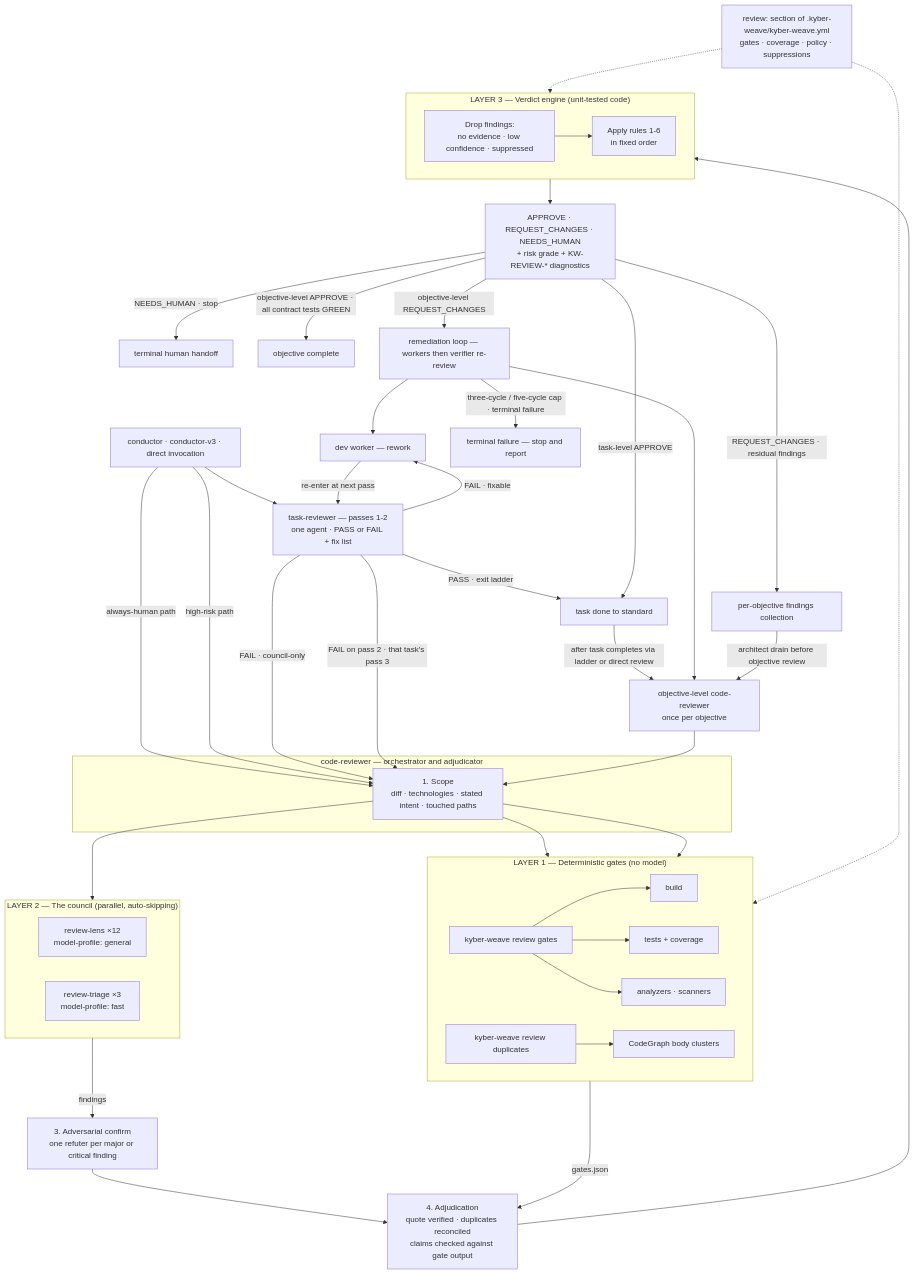
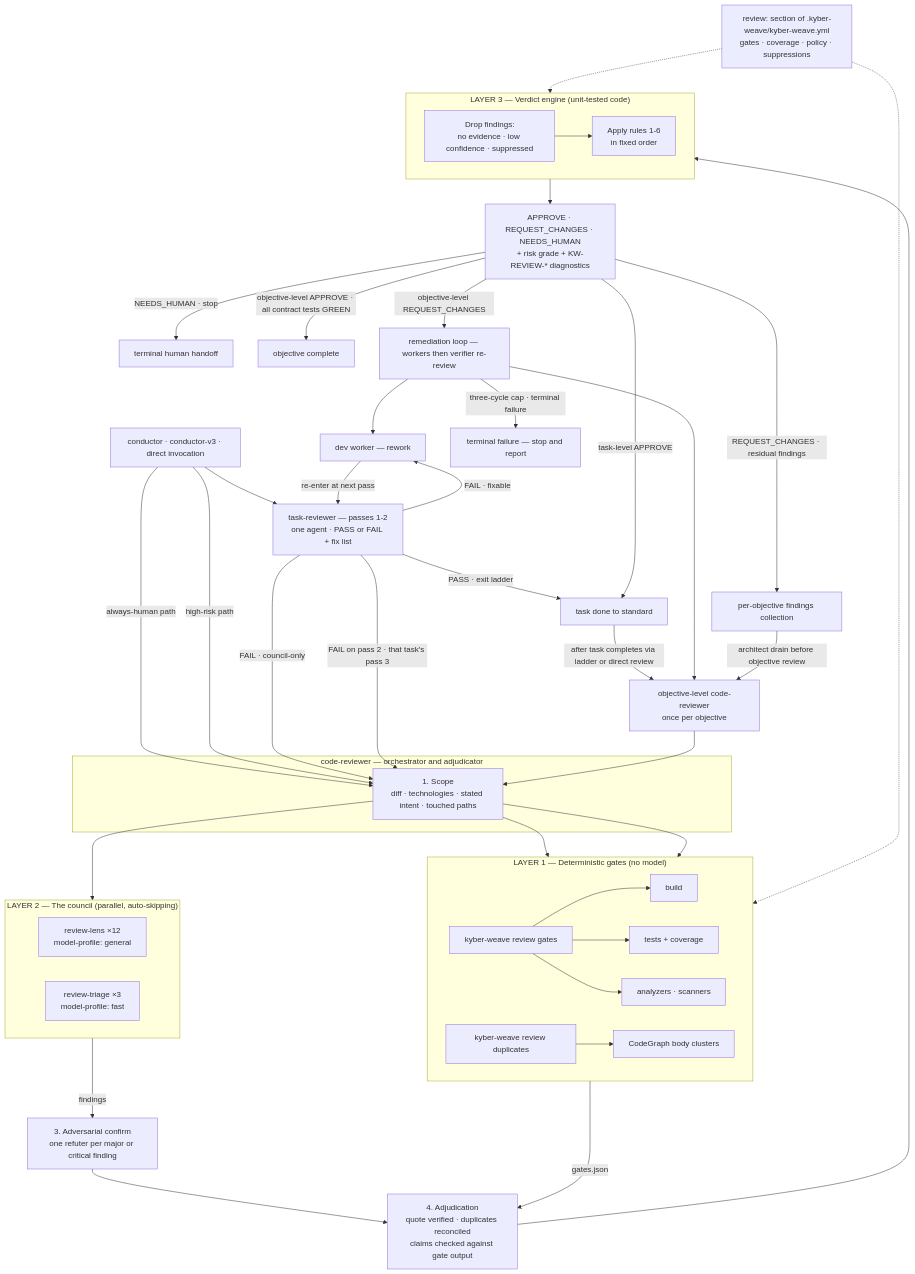
One commit to dpalfery/kyber-weave changed the first of 4 diagrams in docs/code-review/architecture.md. Above: the diagram before and after it, drawn with Mermaid.

Commit message:
fix(squad): address round-7 CodeRabbit finding on task-reviewer

````diff
--- a/docs/code-review/architecture.md
+++ b/docs/code-review/architecture.md
@@ -40,62 +40,62 @@
 ```mermaid
 flowchart TD
     Cfg["review: section of .kyber-weave/kyber-weave.yml<br/>gates · coverage · policy · suppressions"]
     Caller["conductor · conductor-v3 · direct invocation"] --> Ladder
     Caller -->|"always-human path"| Scope
     Caller -->|"high-risk path"| Scope
     Worker["dev worker — rework"]
     Ladder["task-reviewer — passes 1-2<br/>one agent · PASS or FAIL + fix list"]
     Ladder -->|"PASS · exit ladder"| TaskDone["task done to standard"]
     Ladder -->|"FAIL · fixable"| Worker
     Worker -->|"re-enter at next pass"| Ladder
     Ladder -->|"FAIL · council-only"| Scope
     Ladder -->|"FAIL on pass 2 · that task's pass 3"| Scope
     TaskDone -->|"after task completes via ladder or direct review"| ObjReview["objective-level code-reviewer<br/>once per objective"]
     ObjReview --> Scope
 
     subgraph CR["code-reviewer — orchestrator and adjudicator"]
         Scope["1. Scope<br/>diff · technologies · stated intent · touched paths"]
     end
 
     Scope --> GR
     Scope --> DG
     Scope --> Council
 
     subgraph Gates["LAYER 1 — Deterministic gates (no model)"]
         direction LR
         GR["kyber-weave review gates"] --> G1["build"] & G2["tests + coverage"] & G3["analyzers · scanners"]
         DG["kyber-weave review duplicates"] --> G4["CodeGraph body clusters"]
     end
 
     subgraph Council["LAYER 2 — The council (parallel, auto-skipping)"]
         direction LR
         RL["review-lens ×12<br/>model-profile: general"]
         RT["review-triage ×3<br/>model-profile: fast"]
     end
 
     Council -->|"findings"| Confirm["3. Adversarial confirm<br/>one refuter per major or critical finding"]
     Confirm --> Adjudicate
     Gates -->|"gates.json"| Adjudicate
 
     Adjudicate["4. Adjudication<br/>quote verified · duplicates reconciled<br/>claims checked against gate output"] --> VE
 
     subgraph VE["LAYER 3 — Verdict engine (unit-tested code)"]
         direction LR
         Drop["Drop findings:<br/>no evidence · low confidence · suppressed"] --> Rules["Apply rules 1-6<br/>in fixed order"]
     end
 
     VE --> Out["APPROVE · REQUEST_CHANGES · NEEDS_HUMAN<br/>+ risk grade + KW-REVIEW-* diagnostics"]
 
     Out -->|"task-level APPROVE"| TaskDone
     Out -->|"REQUEST_CHANGES · residual findings"| Findings["per-objective findings collection"]
     Out -->|"NEEDS_HUMAN · stop"| Human["terminal human handoff"]
     Out -->|"objective-level APPROVE · all contract tests GREEN"| ObjComplete["objective complete"]
     Out -->|"objective-level REQUEST_CHANGES"| ObjRemed["remediation loop — workers then verifier re-review"]
     ObjRemed --> Worker
     ObjRemed --> ObjReview
-    ObjRemed -->|"three-cycle / five-cycle cap · terminal failure"| ObjFailed["terminal failure — stop and report"]
+    ObjRemed -->|"three-cycle cap · terminal failure"| ObjFailed["terminal failure — stop and report"]
     Findings -->|"architect drain before objective review"| ObjReview
 
     Cfg -.-> Gates
     Cfg -.-> VE
 ```
````
